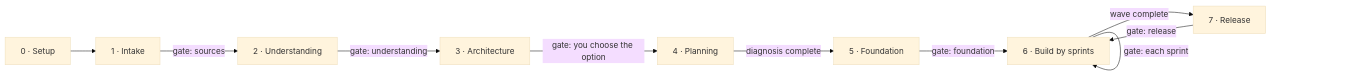
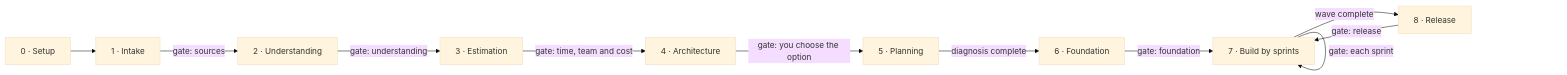
The diagram in README.md (gvaldesmty1/modernia), drawn with Mermaid (base theme) before and after one commit. The commit also changed other lines of this file and 17 other files, not shown here.

First line of the commit message:
feat: estimator agent — time, team and cost before the design (0.2.0)

````diff
--- a/README.md
+++ b/README.md
@@ -31,12 +32,13 @@
 ```mermaid
 flowchart LR
   A[0 · Setup] --> B[1 · Intake]
   B -->|gate: sources| C[2 · Understanding]
-  C -->|gate: understanding| D[3 · Architecture]
-  D -->|gate: you choose the option| E[4 · Planning]
-  E -->|diagnosis complete| F[5 · Foundation]
-  F -->|gate: foundation| G[6 · Build by sprints]
+  C -->|gate: understanding| X[3 · Estimation]
+  X -->|gate: time, team and cost| D[4 · Architecture]
+  D -->|gate: you choose the option| E[5 · Planning]
+  E -->|diagnosis complete| F[6 · Foundation]
+  F -->|gate: foundation| G[7 · Build by sprints]
   G -->|gate: each sprint| G
-  G -->|wave complete| H[7 · Release]
+  G -->|wave complete| H[8 · Release]
   H -->|gate: release| G
 ```
````
